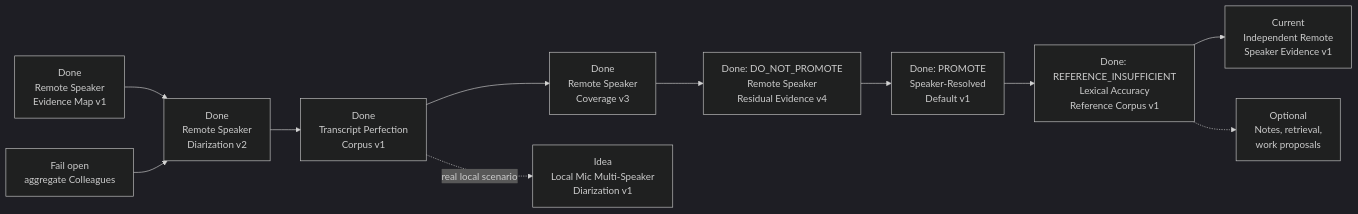
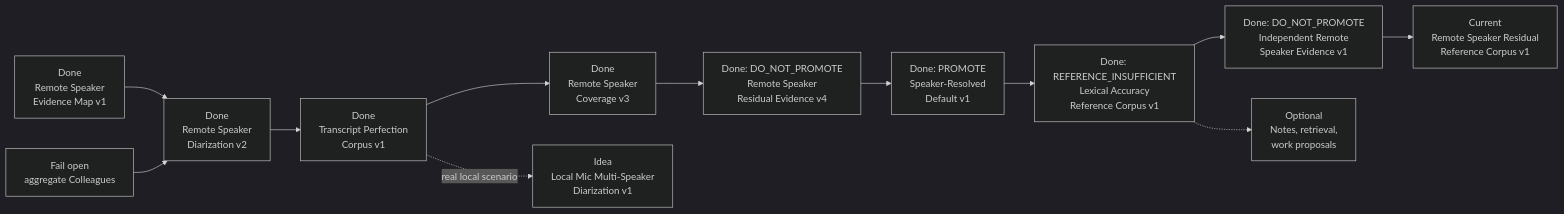
One commit to asukhodko/murmurmark changed the second of 2 diagrams in docs/roadmap/murmurmark-cli-roadmap.md. Above: the diagram before and after it, drawn with Mermaid (dark theme). The commit also changed other lines of this file and 21 other files, not shown here.

Commit message:
feat: qualify independent remote speaker evidence

````diff
--- a/docs/roadmap/murmurmark-cli-roadmap.md
+++ b/docs/roadmap/murmurmark-cli-roadmap.md
@@ -81,19 +83,20 @@
 ```mermaid
 flowchart LR
     B["Done<br/>Remote Speaker<br/>Evidence Map v1"]
     D["Done<br/>Remote Speaker<br/>Diarization v2"]
     F["Fail open<br/>aggregate Colleagues"]
     P["Done<br/>Transcript Perfection<br/>Corpus v1"]
     R["Done<br/>Remote Speaker<br/>Coverage v3"]
     V["Done: DO_NOT_PROMOTE<br/>Remote Speaker<br/>Residual Evidence v4"]
     H["Done: PROMOTE<br/>Speaker-Resolved<br/>Default v1"]
     L["Done: REFERENCE_INSUFFICIENT<br/>Lexical Accuracy<br/>Reference Corpus v1"]
-    I["Current<br/>Independent Remote<br/>Speaker Evidence v1"]
+    I["Done: DO_NOT_PROMOTE<br/>Independent Remote<br/>Speaker Evidence v1"]
+    C["Current<br/>Remote Speaker Residual<br/>Reference Corpus v1"]
     M["Idea<br/>Local Mic Multi-Speaker<br/>Diarization v1"]
     O["Optional<br/>Notes, retrieval,<br/>work proposals"]
 
-    B --> D --> P --> R --> V --> H --> L --> I
+    B --> D --> P --> R --> V --> H --> L --> I --> C
     F --> D
     P -. "real local scenario" .-> M
     L -.-> O
 ```
````
